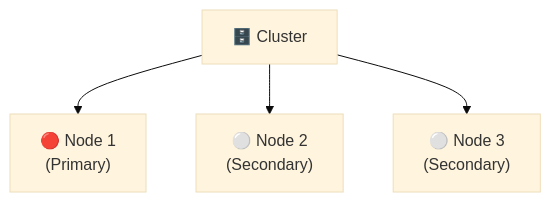
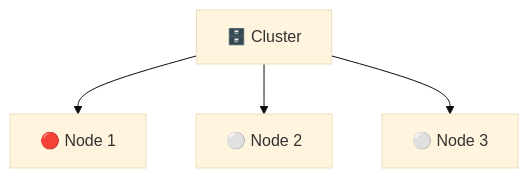
The first of 2 diagrams in configs/Redis/Version_8.0.x_Enterprise/Linux/README.md (BSI-Bund/securitydatabaseconfigurations), drawn with Mermaid (base theme) before and after one commit. The commit also changed other lines of this file and 71 other files, not shown here.

````diff
--- a/configs/Redis/Version_8.0.x_Enterprise/Linux/README.md
+++ b/configs/Redis/Version_8.0.x_Enterprise/Linux/README.md
@@ -55,10 +65,10 @@
 ```mermaid
 flowchart
     A --> B
     A --> C
     A --> D
     A["🗄️ Cluster"]
-    B["🔴 Node 1<br>(Primary)"]
-    C["⚪ Node 2<br>(Secondary)"]
-    D["⚪ Node 3<br>(Secondary)"]
+    B["🔴 Node 1"]
+    C["⚪ Node 2"]
+    D["⚪ Node 3"]
 ```
````
